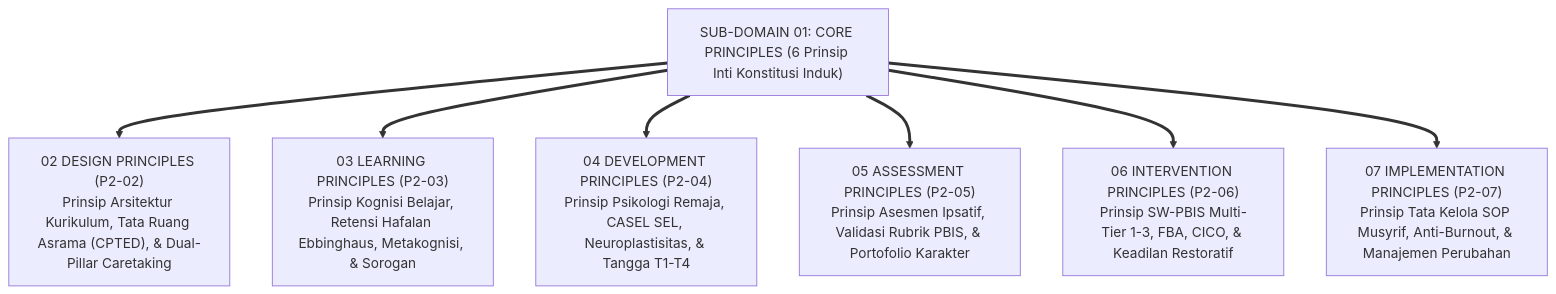
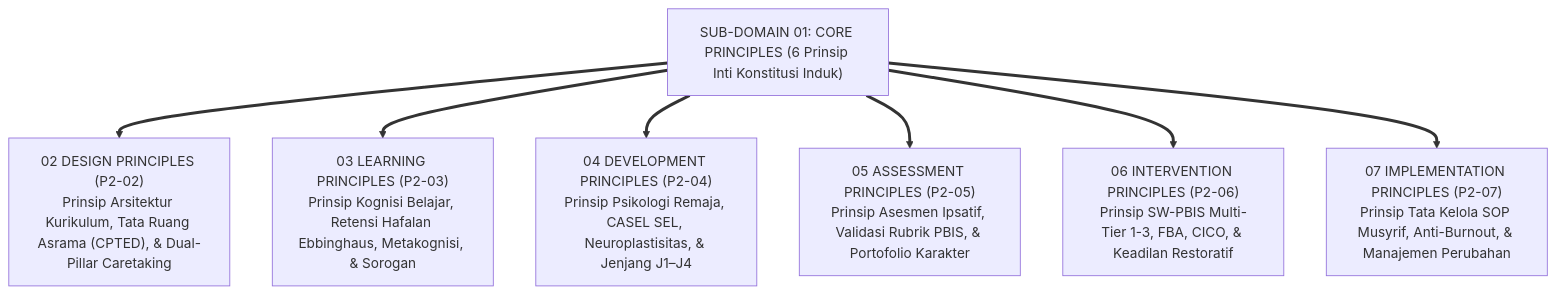
The sixth of 10 diagrams in 02 Principles/01 Core Principles/P2-01-07-Sintesis-Core-Principles-TUMBUH.md (wandiapriliyandi/tumbuh), drawn with Mermaid before and after one commit. The commit also changed other lines of this file and 209 other files, not shown here.

````diff
--- a/02 Principles/01 Core Principles/P2-01-07-Sintesis-Core-Principles-TUMBUH.md
+++ b/02 Principles/01 Core Principles/P2-01-07-Sintesis-Core-Principles-TUMBUH.md
@@ -267,16 +267,16 @@
 ```mermaid
 flowchart TD
     Core["SUB-DOMAIN 01: CORE PRINCIPLES (6 Prinsip Inti Konstitusi Induk)"]
     
     Core ==> SD02["02 DESIGN PRINCIPLES (P2-02)<br/>Prinsip Arsitektur Kurikulum, Tata Ruang Asrama (CPTED), & Dual-Pillar Caretaking"]
     
     Core ==> SD03["03 LEARNING PRINCIPLES (P2-03)<br/>Prinsip Kognisi Belajar, Retensi Hafalan Ebbinghaus, Metakognisi, & Sorogan"]
     
-    Core ==> SD04["04 DEVELOPMENT PRINCIPLES (P2-04)<br/>Prinsip Psikologi Remaja, CASEL SEL, Neuroplastisitas, & Tangga T1-T4"]
+    Core ==> SD04["04 DEVELOPMENT PRINCIPLES (P2-04)<br/>Prinsip Psikologi Remaja, CASEL SEL, Neuroplastisitas, & Jenjang J1–J4"]
     
     Core ==> SD05["05 ASSESSMENT PRINCIPLES (P2-05)<br/>Prinsip Asesmen Ipsatif, Validasi Rubrik PBIS, & Portofolio Karakter"]
     
     Core ==> SD06["06 INTERVENTION PRINCIPLES (P2-06)<br/>Prinsip SW-PBIS Multi-Tier 1-3, FBA, CICO, & Keadilan Restoratif"]
     
     Core ==> SD07["07 IMPLEMENTATION PRINCIPLES (P2-07)<br/>Prinsip Tata Kelola SOP Musyrif, Anti-Burnout, & Manajemen Perubahan"]
 ```
````
